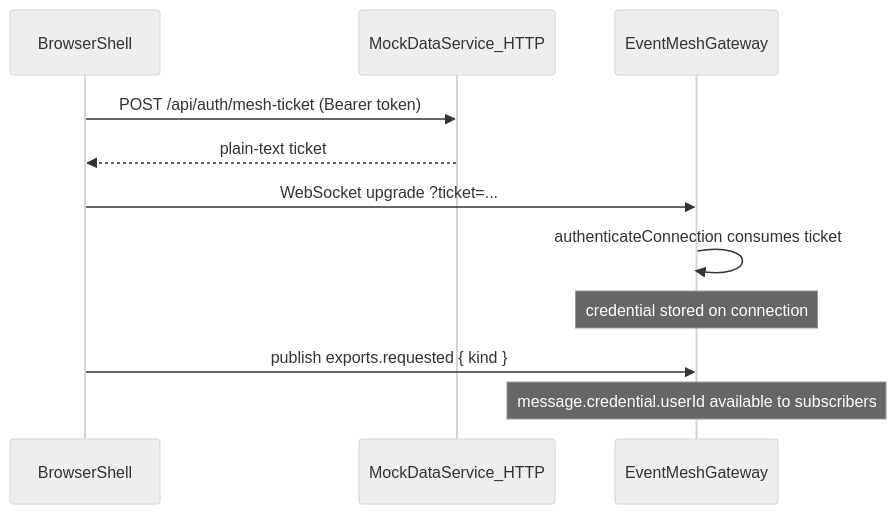
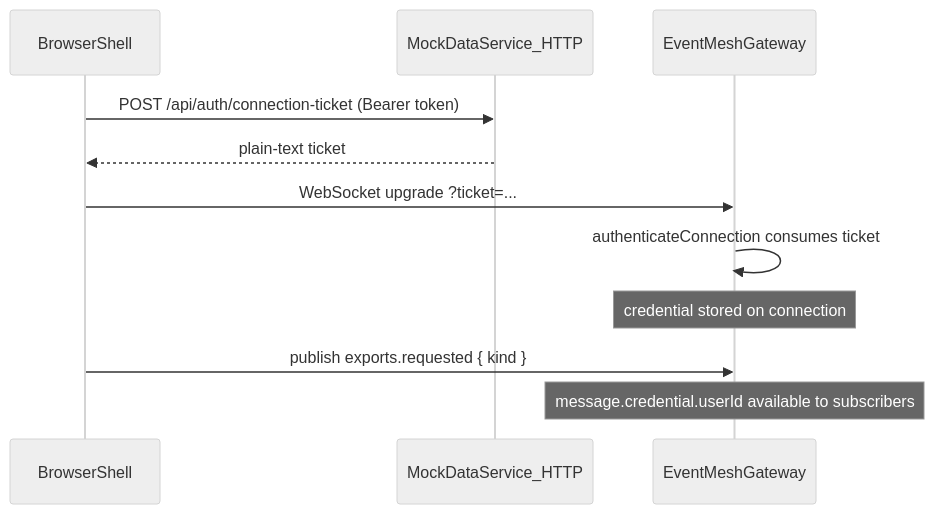
One commit to JooLuiz/unified-mfa-research-showcase changed the diagram in MESH_IMPLEMENTATIONS/mesh-authentication.md. Above: the diagram before and after it, drawn with Mermaid (neutral theme). The commit also changed other lines of this file and 12 other files, not shown here.

````diff
--- a/MESH_IMPLEMENTATIONS/mesh-authentication.md
+++ b/MESH_IMPLEMENTATIONS/mesh-authentication.md
@@ -19,14 +19,14 @@
 ```mermaid
 sequenceDiagram
   participant Shell as BrowserShell
   participant API as MockDataService_HTTP
   participant GW as EventMeshGateway
 
-  Shell->>API: POST /api/auth/mesh-ticket (Bearer token)
+  Shell->>API: POST /api/auth/connection-ticket (Bearer token)
   API-->>Shell: plain-text ticket
   Shell->>GW: WebSocket upgrade ?ticket=...
   GW->>GW: authenticateConnection consumes ticket
   Note over GW: credential stored on connection
   Shell->>GW: publish exports.requested { kind }
   Note over GW: message.credential.userId available to subscribers
 ```
````
